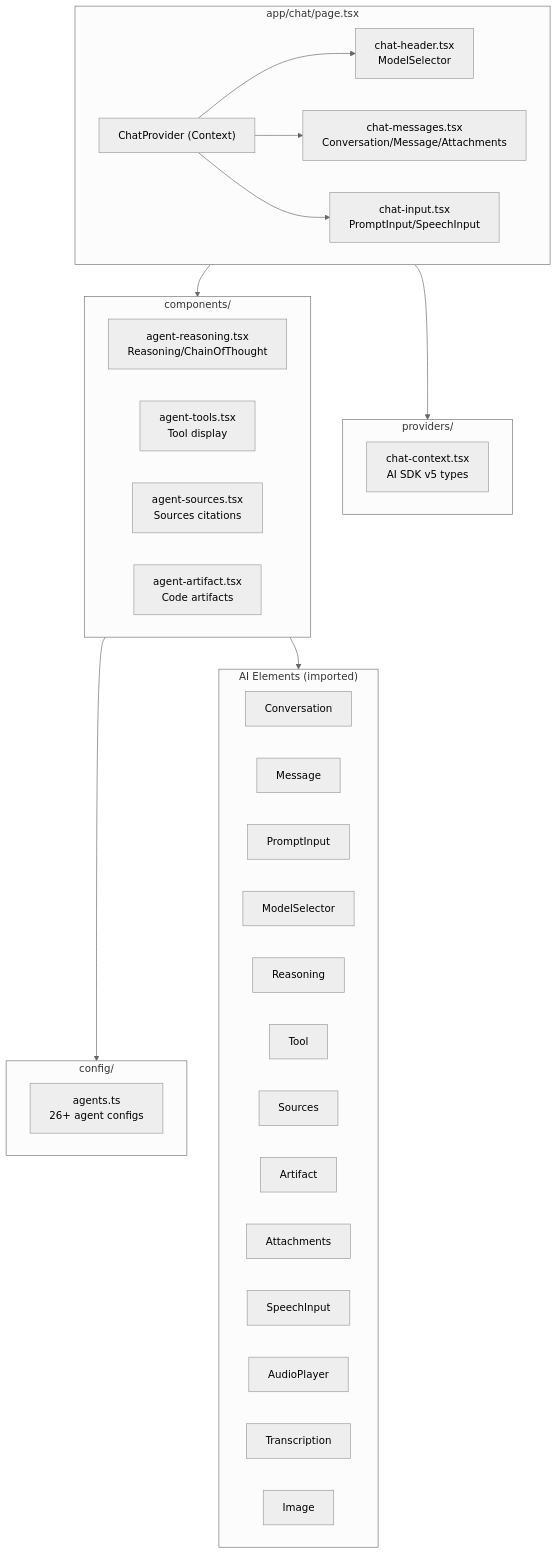
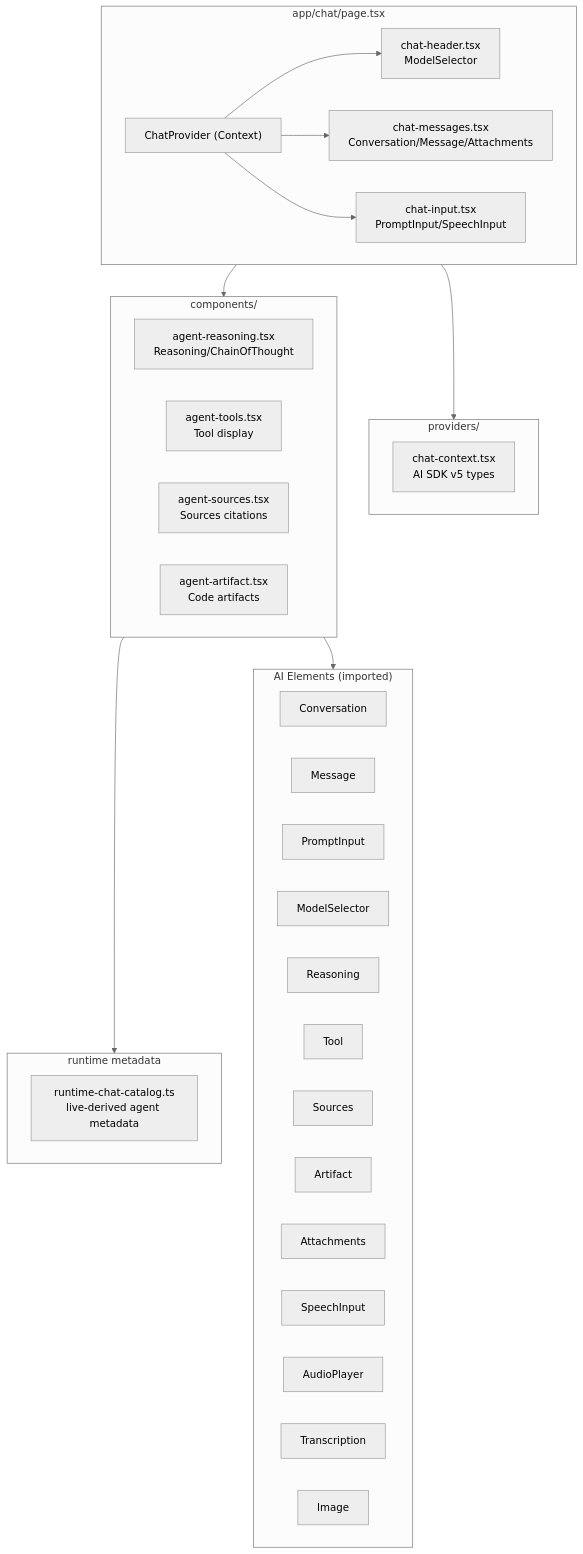
The diagram in app/chat/AGENTS.md (ssdeanx/AgentStack), drawn with Mermaid (neutral theme) before and after one commit. The commit also changed other lines of this file and 58 other files, not shown here.

````diff
--- a/app/chat/AGENTS.md
+++ b/app/chat/AGENTS.md
@@ -49,48 +86,48 @@
 ```mermaid
 graph TB
     subgraph ChatPage["app/chat/page.tsx"]
         ChatProvider["ChatProvider (Context)"]
         ChatProvider --> ChatHeader
         ChatProvider --> ChatMessages
         ChatProvider --> ChatInput
     end
 
     subgraph Providers["providers/"]
         ChatContext["chat-context.tsx<br/>AI SDK v5 types"]
     end
 
     subgraph Components["components/"]
         ChatHeader["chat-header.tsx<br/>ModelSelector"]
         ChatMessages["chat-messages.tsx<br/>Conversation/Message/Attachments"]
         ChatInput["chat-input.tsx<br/>PromptInput/SpeechInput"]
         AgentReasoning["agent-reasoning.tsx<br/>Reasoning/ChainOfThought"]
         AgentTools["agent-tools.tsx<br/>Tool display"]
         AgentSources["agent-sources.tsx<br/>Sources citations"]
         AgentArtifact["agent-artifact.tsx<br/>Code artifacts"]
     end
 
-    subgraph Config["config/"]
-        AgentConfig["agents.ts<br/>26+ agent configs"]
+    subgraph RuntimeCatalog["runtime metadata"]
+        RuntimeAgentConfig["runtime-chat-catalog.ts<br/>live-derived agent metadata"]
     end
 
     subgraph AIElements["AI Elements (imported)"]
         Conversation
         Message
         PromptInput
         ModelSelector
         Reasoning
         Tool
         Sources
         Artifact
         Attachments
         SpeechInput
         AudioPlayer
         Transcription
         Image
     end
 
     ChatPage --> Providers
     ChatPage --> Components
-    Components --> Config
+    Components --> RuntimeCatalog
     Components --> AIElements
 ```
````
